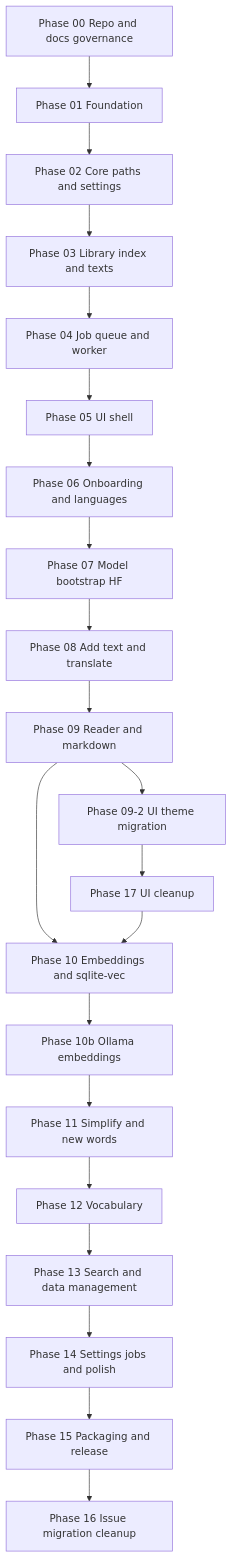
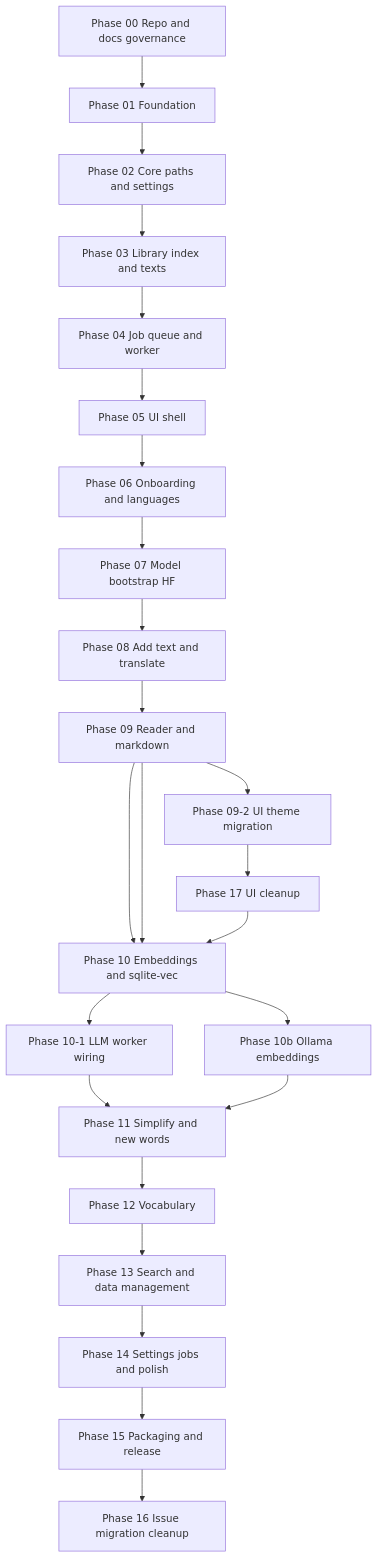
One commit to YannikG/lexiflow changed the diagram in docs/roadmap/README.md. Above: the diagram before and after it, drawn with Mermaid. The commit also changed other lines of this file and 41 other files, not shown here.

````diff
--- a/docs/roadmap/README.md
+++ b/docs/roadmap/README.md
@@ -13,31 +13,34 @@
 ```mermaid
 flowchart TB
   P00[Phase 00 Repo and docs governance]
   P01[Phase 01 Foundation]
   P02[Phase 02 Core paths and settings]
   P03[Phase 03 Library index and texts]
   P04[Phase 04 Job queue and worker]
   P05[Phase 05 UI shell]
   P06[Phase 06 Onboarding and languages]
   P07[Phase 07 Model bootstrap HF]
   P08[Phase 08 Add text and translate]
   P09[Phase 09 Reader and markdown]
   P092[Phase 09-2 UI theme migration]
   P17[Phase 17 UI cleanup]
   P10[Phase 10 Embeddings and sqlite-vec]
+  P101[Phase 10-1 LLM worker wiring]
   P11[Phase 11 Simplify and new words]
   P12[Phase 12 Vocabulary]
   P13[Phase 13 Search and data management]
   P14[Phase 14 Settings jobs and polish]
   P15[Phase 15 Packaging and release]
 
   P00 --> P01 --> P02 --> P03 --> P04 --> P05
   P05 --> P06 --> P07 --> P08 --> P09
   P09 --> P092
   P092 --> P17
+  P09 --> P10 --> P101
   P09 --> P10 --> P10b[Phase 10b Ollama embeddings]
   P17 --> P10
+  P101 --> P11
   P10b --> P11 --> P12 --> P13
   P13 --> P14 --> P15
   P15 --> P16[Phase 16 Issue migration cleanup]
 ```
````
